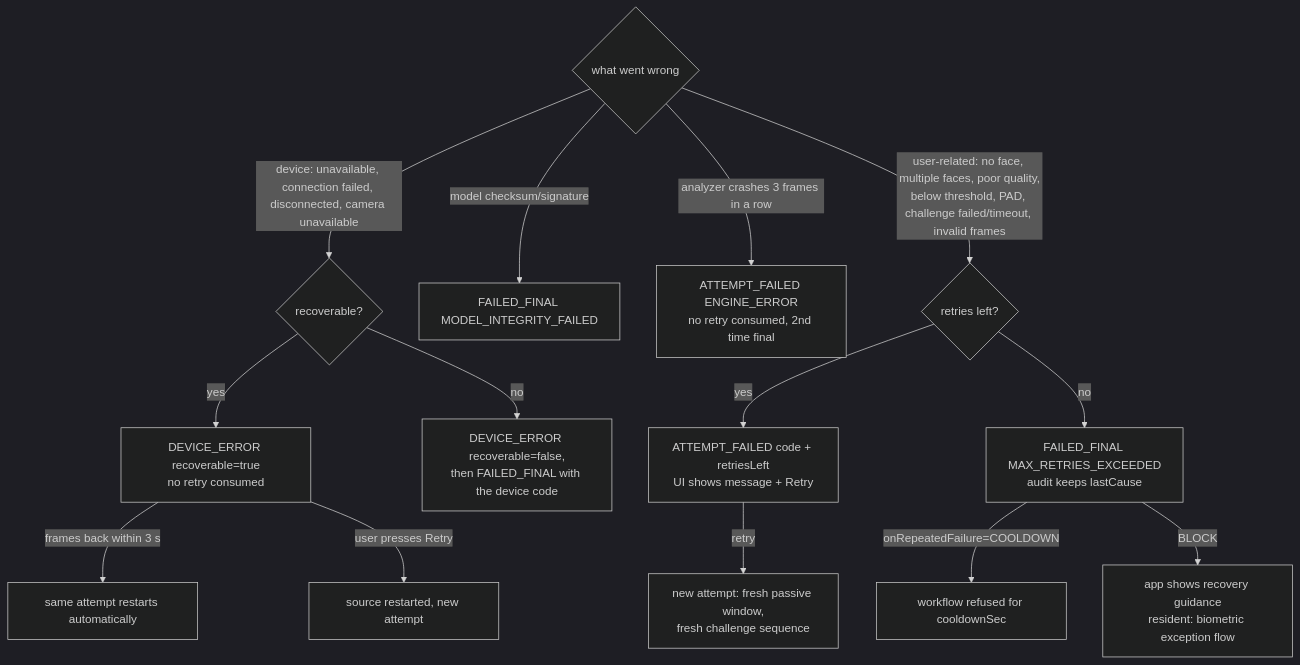
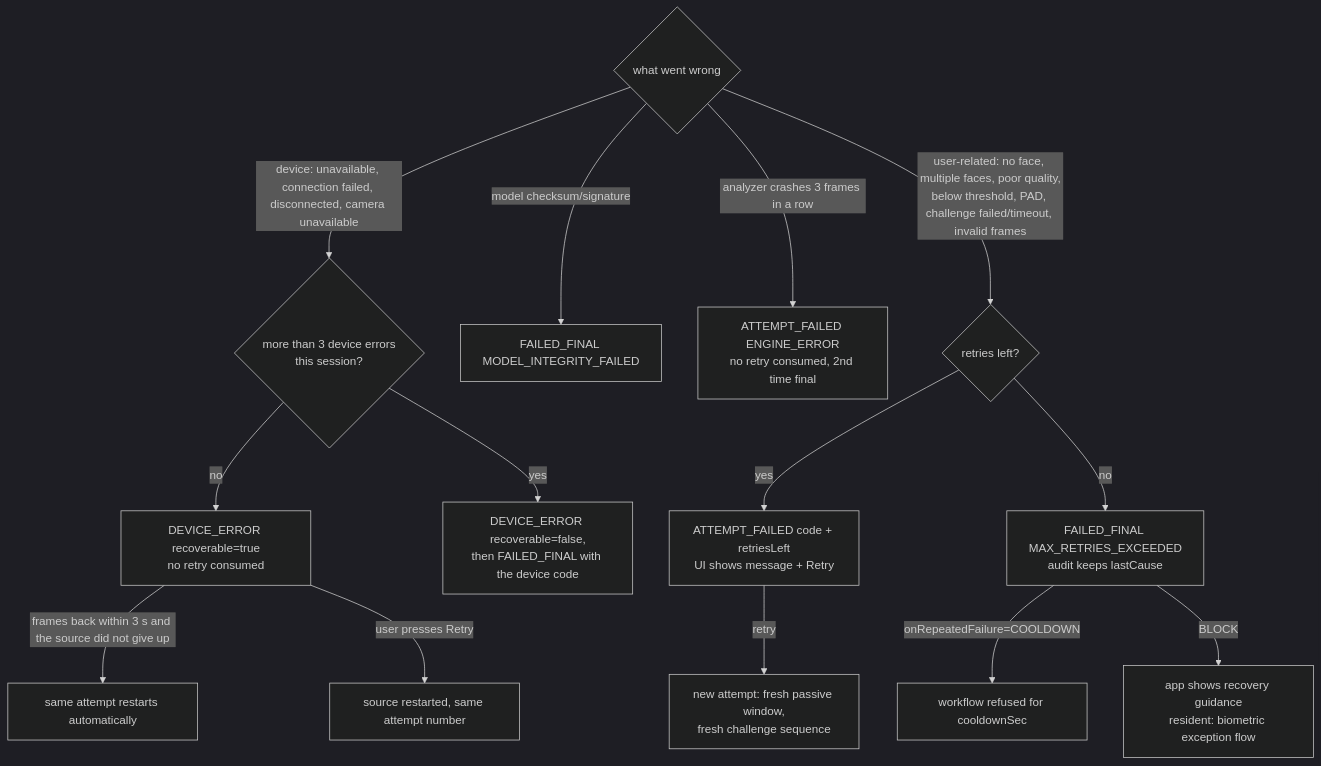
One commit to ChadDadChag/Mosip26 changed the seventh of 7 diagrams in docs/person3-design.md. Above: the diagram before and after it, drawn with Mermaid (dark theme). The commit also changed other lines of this file and 29 other files, not shown here.

First line of the commit message:
Part 3: device retry limit, stale-frame fix, metrics and diagnostics

````diff
--- a/docs/person3-design.md
+++ b/docs/person3-design.md
@@ -438,16 +448,16 @@
 ```mermaid
 flowchart TD
-  E{what went wrong} -->|device: unavailable, connection failed, disconnected, camera unavailable| DV{recoverable?}
-  DV -->|yes| DW[DEVICE_ERROR recoverable=true<br/>no retry consumed]
-  DW -->|frames back within 3 s| AUTO[same attempt restarts automatically]
-  DW -->|user presses Retry| RS[source restarted, new attempt]
-  DV -->|no| FF[DEVICE_ERROR recoverable=false,<br/>then FAILED_FINAL with the device code]
+  E{what went wrong} -->|device: unavailable, connection failed, disconnected, camera unavailable| DV{more than 3 device errors<br/>this session?}
+  DV -->|no| DW[DEVICE_ERROR recoverable=true<br/>no retry consumed]
+  DW -->|frames back within 3 s and the source did not give up| AUTO[same attempt restarts automatically]
+  DW -->|user presses Retry| RS[source restarted, same attempt number]
+  DV -->|yes| FF[DEVICE_ERROR recoverable=false,<br/>then FAILED_FINAL with the device code]
   E -->|model checksum/signature| MI[FAILED_FINAL MODEL_INTEGRITY_FAILED]
   E -->|analyzer crashes 3 frames in a row| EE[ATTEMPT_FAILED ENGINE_ERROR<br/>no retry consumed, 2nd time final]
   E -->|user-related: no face, multiple faces, poor quality,<br/>below threshold, PAD, challenge failed/timeout, invalid frames| UF{retries left?}
   UF -->|yes| AF[ATTEMPT_FAILED code + retriesLeft<br/>UI shows message + Retry]
   AF -->|retry| NEW[new attempt: fresh passive window,<br/>fresh challenge sequence]
   UF -->|no| MR[FAILED_FINAL MAX_RETRIES_EXCEEDED<br/>audit keeps lastCause]
   MR -->|onRepeatedFailure=COOLDOWN| CD[workflow refused for cooldownSec]
   MR -->|BLOCK| RG[app shows recovery guidance<br/>resident: biometric exception flow]
 ```
````
